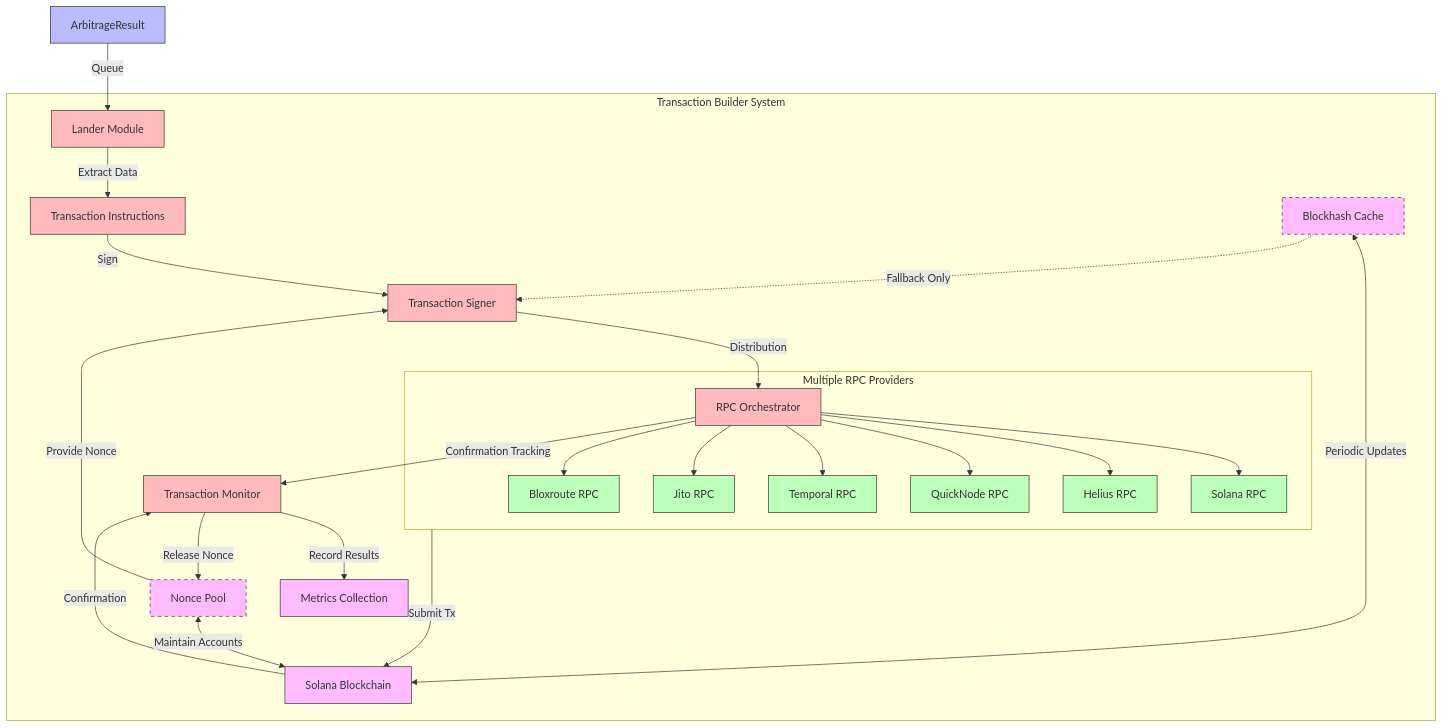
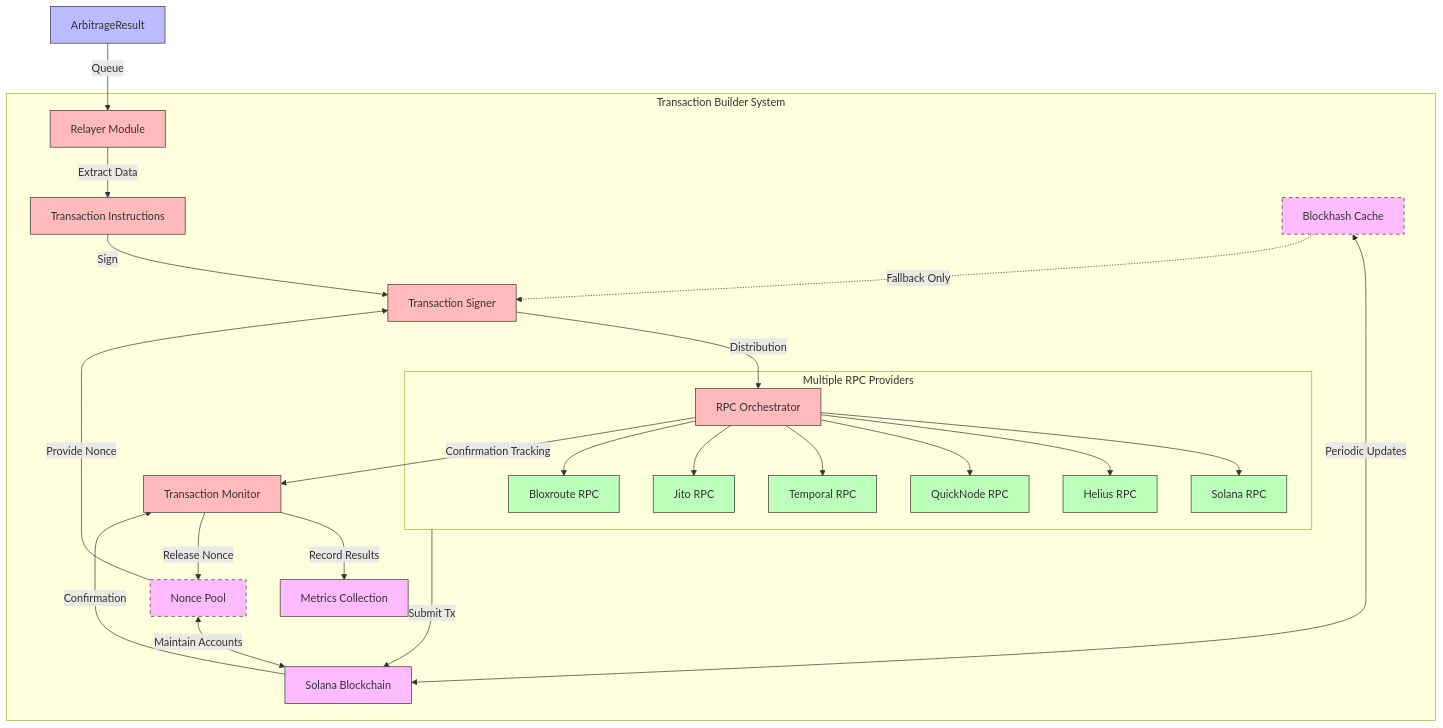
One commit to 808putnam/qtrade2 changed the diagram in docs/transaction_builder.md. Above: the diagram before and after it, drawn with Mermaid. The commit also changed other lines of this file and 302 other files, not shown here.

````diff
--- a/docs/transaction_builder.md
+++ b/docs/transaction_builder.md
@@ -9,50 +9,50 @@
 ```mermaid
 flowchart TD
     %% Input Data
-    AR[ArbitrageResult] --> |Queue| LND[Lander Module]
+    AR[ArbitrageResult] --> |Queue| LND[Relayer Module]
 
     subgraph TXBuilder[Transaction Builder System]
         LND --> |Extract Data| TXI[Transaction Instructions]
         TXI --> |Sign| TXS[Transaction Signer]
 
         %% Nonce Pool Component
         NP[Nonce Pool] <--> |Maintain Accounts| BC
         NP --> |Provide Nonce| TXS
 
         %% Blockhash Cache Component
         BHC[Blockhash Cache] <--> |Periodic Updates| BC
         BHC -.-> |Fallback Only| TXS
 
         TXS --> |Distribution| RPCOrch[RPC Orchestrator]
 
         subgraph RPCs[Multiple RPC Providers]
             RPCOrch --> SolRPC[Solana RPC]
             RPCOrch --> HeliusRPC[Helius RPC]
             RPCOrch --> QuickRPC[QuickNode RPC]
             RPCOrch --> TemporalRPC[Temporal RPC]
             RPCOrch --> JitoRPC[Jito RPC]
             RPCOrch --> BloxRPC[Bloxroute RPC]
         end
 
         RPCOrch --> |Confirmation Tracking| TXM[Transaction Monitor]
         TXM --> |Record Results| Metrics[Metrics Collection]
         TXM --> |Release Nonce| NP
     end
 
     %% Blockchain Interaction
     RPCs --> |Submit Tx| BC[Solana Blockchain]
     BC --> |Confirmation| TXM
 
     %% Style Definitions
     classDef input fill:#bbf,stroke:#333
     classDef builder fill:#fbb,stroke:#333
     classDef rpcs fill:#bfb,stroke:#333
     classDef output fill:#fbf,stroke:#333
     classDef cache fill:#fbf,stroke:#333,stroke-dasharray: 5 5
 
     class AR input
     class LND,TXI,TXS,RPCOrch,TXM builder
     class SolRPC,HeliusRPC,QuickRPC,TemporalRPC,JitoRPC,BloxRPC rpcs
     class Metrics,BC output
     class BHC,NP cache
 ```
````
